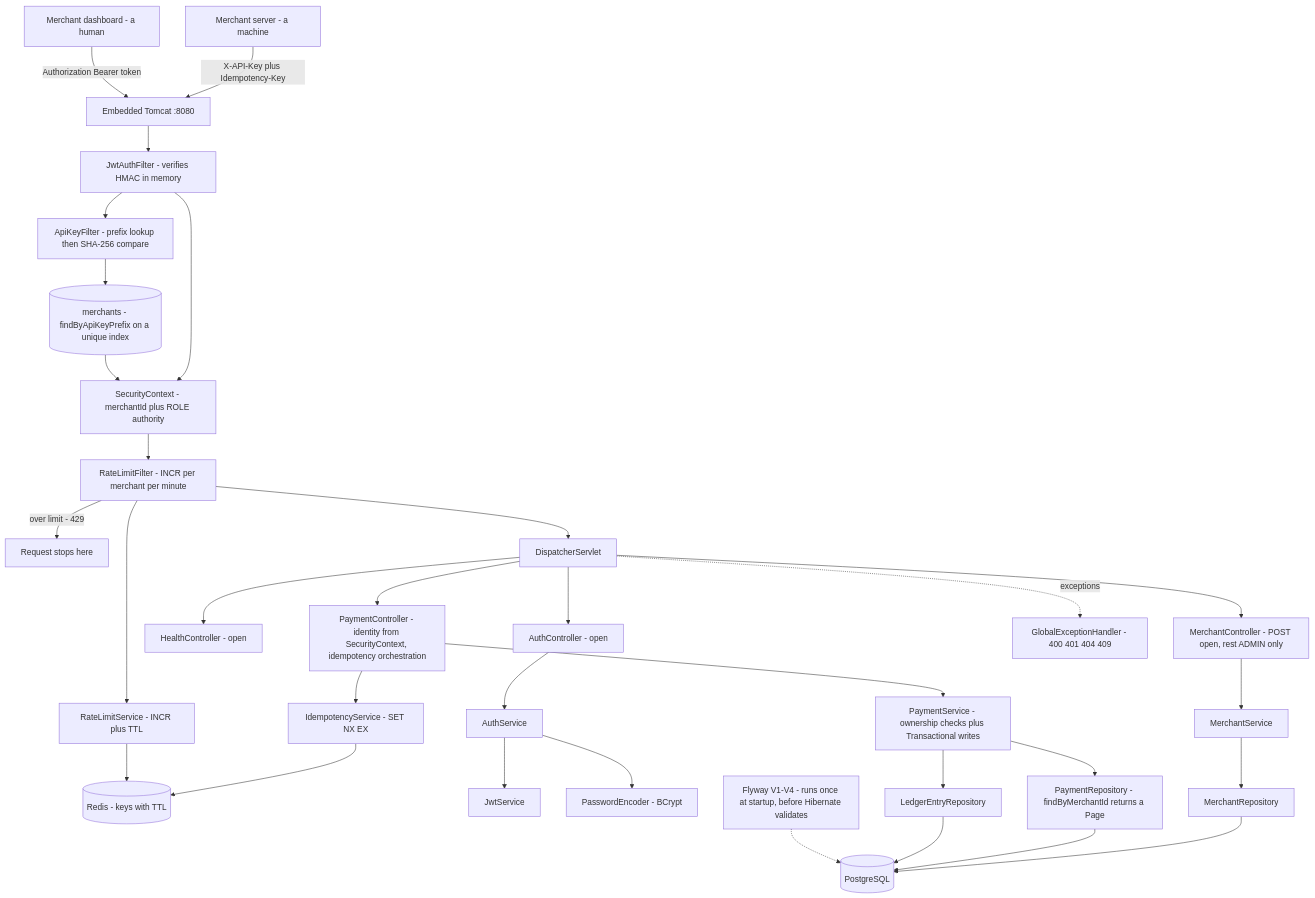
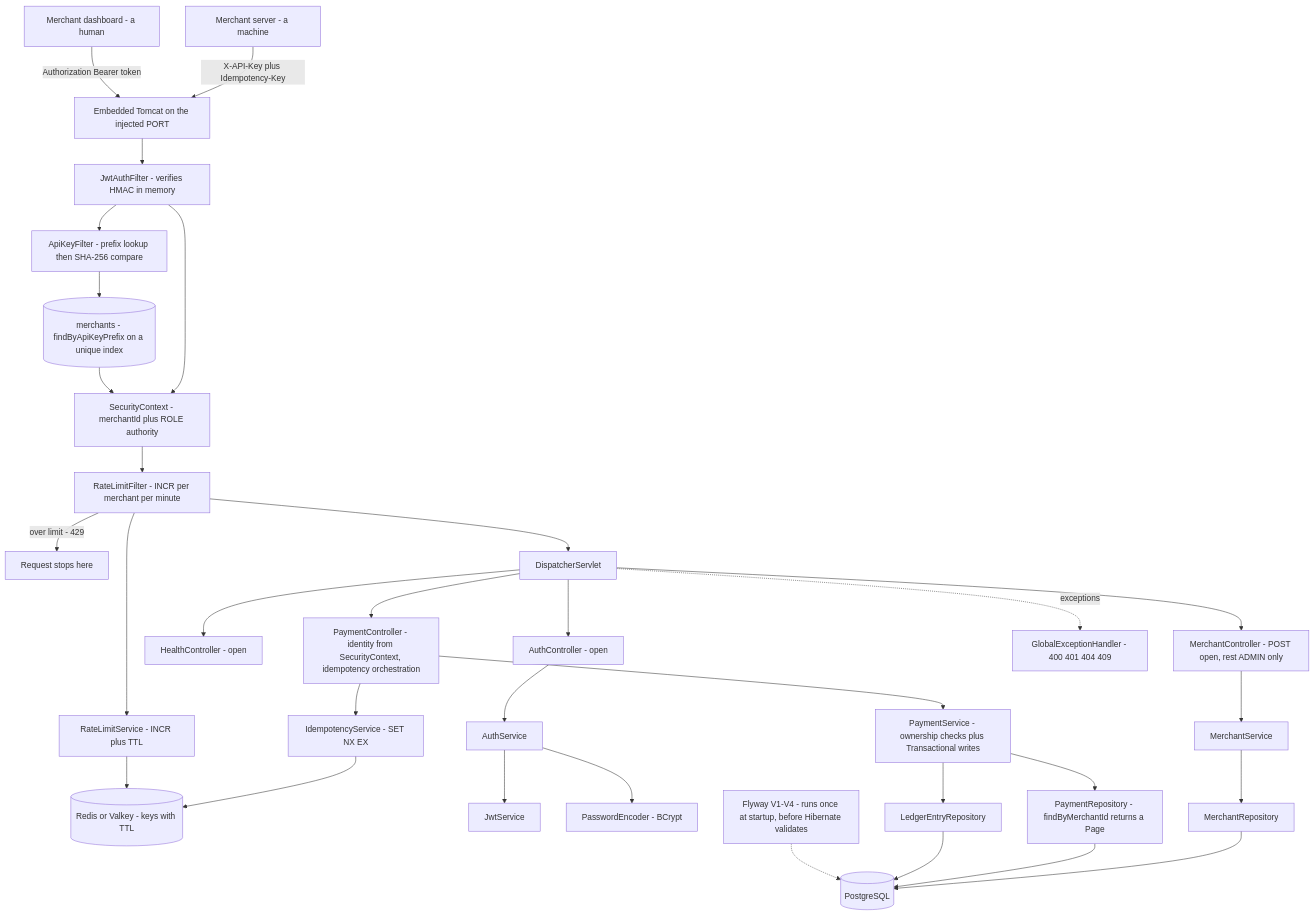
One commit to ARV0007/transakt changed the second of 2 diagrams in docs/architecture.md. Above: the diagram before and after it, drawn with Mermaid. The commit also changed other lines of this file and 3 other files, not shown here.

Commit message:
docs: Days 13-14 — Docker, deployment, architecture v1.3

````diff
--- a/docs/architecture.md
+++ b/docs/architecture.md
@@ -5,36 +26,36 @@
 ```mermaid
 flowchart TD
   server[Merchant server - a machine]
   human[Merchant dashboard - a human]
-  server -->|X-API-Key plus Idempotency-Key| tomcat[Embedded Tomcat :8080]
+  server -->|X-API-Key plus Idempotency-Key| tomcat[Embedded Tomcat on the injected PORT]
   human -->|Authorization Bearer token| tomcat
   tomcat --> jaf[JwtAuthFilter - verifies HMAC in memory]
   jaf --> akf[ApiKeyFilter - prefix lookup then SHA-256 compare]
   akf --> lookup[(merchants - findByApiKeyPrefix on a unique index)]
   jaf --> ctx[SecurityContext - merchantId plus ROLE authority]
   lookup --> ctx
   ctx --> rlf[RateLimitFilter - INCR per merchant per minute]
   rlf -->|over limit - 429| reject[Request stops here]
   rlf --> dispatcher[DispatcherServlet]
   dispatcher --> ac[AuthController - open]
   dispatcher --> health[HealthController - open]
   dispatcher --> mc[MerchantController - POST open, rest ADMIN only]
   dispatcher --> pc[PaymentController - identity from SecurityContext, idempotency orchestration]
   dispatcher -.->|exceptions| geh[GlobalExceptionHandler - 400 401 404 409]
   pc --> idem[IdempotencyService - SET NX EX]
   rlf --> rate[RateLimitService - INCR plus TTL]
-  idem --> redis[(Redis - keys with TTL)]
+  idem --> redis[(Redis or Valkey - keys with TTL)]
   rate --> redis
   ac --> as[AuthService]
   as --> js[JwtService]
   as --> pe[PasswordEncoder - BCrypt]
   mc --> ms[MerchantService]
   pc --> ps[PaymentService - ownership checks plus Transactional writes]
   ms --> mr[MerchantRepository]
   ps --> pr[PaymentRepository - findByMerchantId returns a Page]
   ps --> lr[LedgerEntryRepository]
   mr --> db[(PostgreSQL)]
   pr --> db
   lr --> db
   flyway[Flyway V1-V4 - runs once at startup, before Hibernate validates] -.-> db
 ```
````
